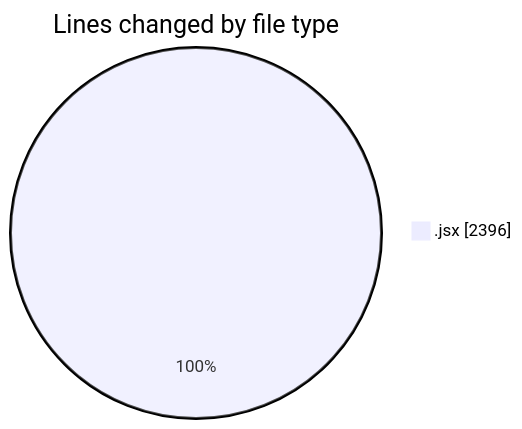
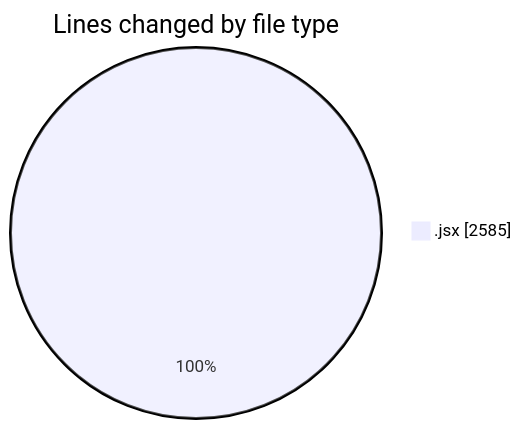
One commit to nxtqubesakshisongat/code-tracking changed the first of 2 diagrams in 2025-05-27/nxtqube_webapp/README.md. Above: the diagram before and after it, drawn with Mermaid. The commit also changed other lines of this file and 1 other file, not shown here.

````diff
--- a/2025-05-27/nxtqube_webapp/README.md
+++ b/2025-05-27/nxtqube_webapp/README.md
@@ -21,5 +21,5 @@
 ```mermaid
 pie showData
 title Lines changed by file type
-".jsx" : 2396
+".jsx" : 2585
 ```
````
